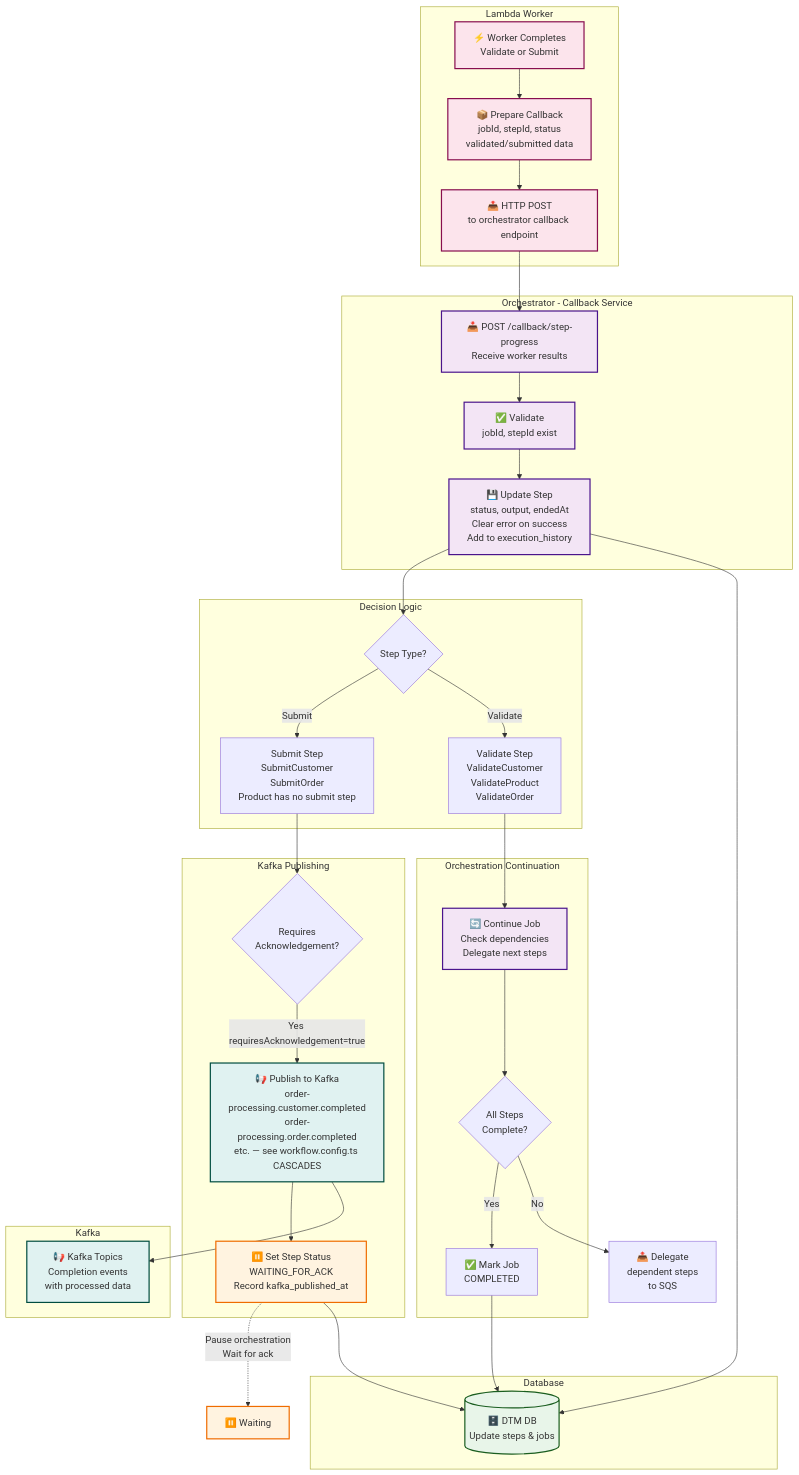
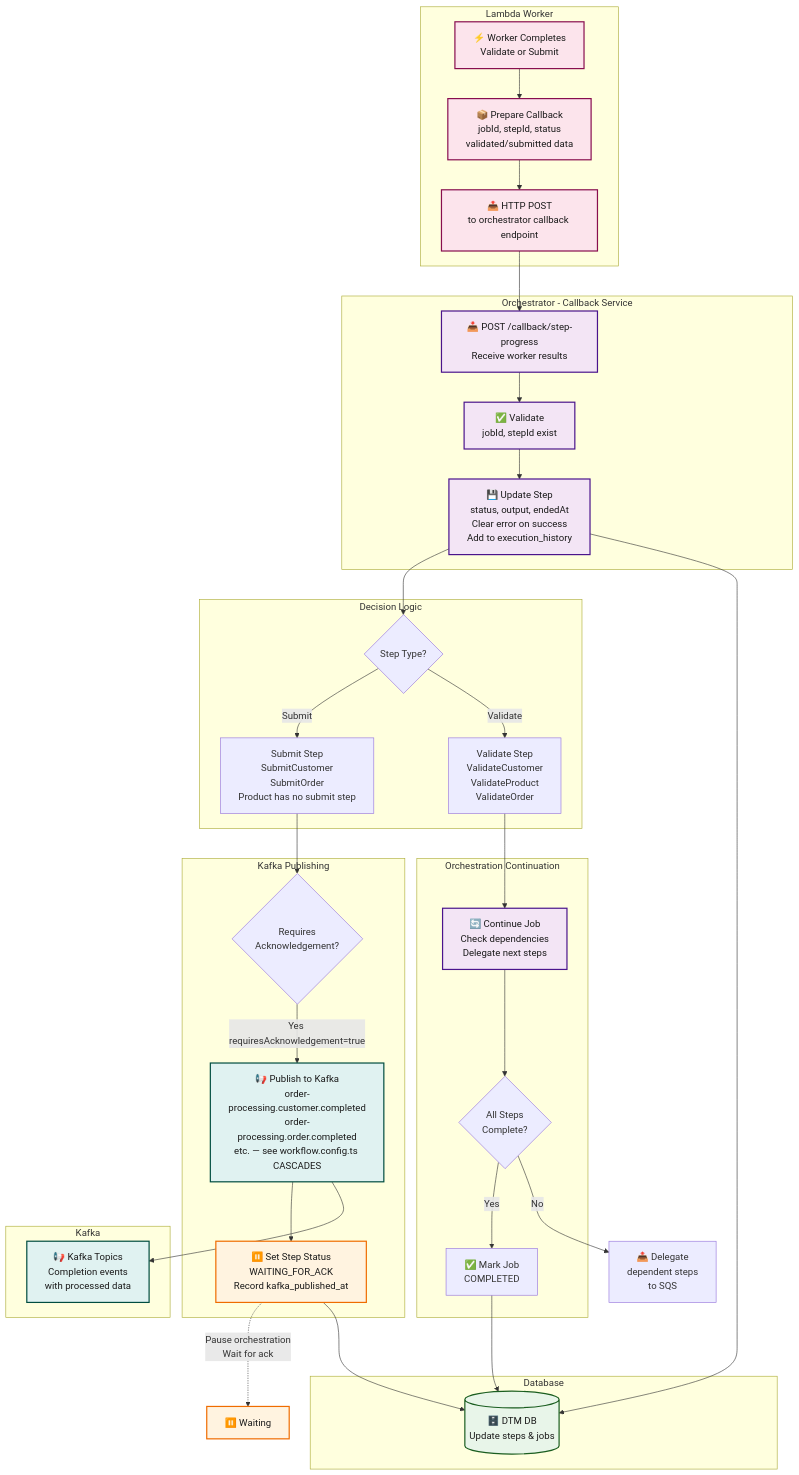
One commit to inctasoft/setpoint-evals-dtm-examples changed the fifth of 9 diagrams in docs/guides/system-architecture.md. Above: the diagram before and after it, drawn with Mermaid. The commit also changed other lines of this file and 1 other file, not shown here.

First line of the commit message:
docs: explicit dark text color on 46 pastel mermaid classDefs (scout M5, #123) (#124)

````diff
--- a/docs/guides/system-architecture.md
+++ b/docs/guides/system-architecture.md
@@ -506,79 +506,79 @@
 ```mermaid
 graph TB
     subgraph "Lambda Worker"
         WORKER[⚡ Worker Completes<br/>Validate or Submit]
         PREPARE_CALLBACK[📦 Prepare Callback<br/>jobId, stepId, status<br/>validated/submitted data]
         HTTP_POST[📤 HTTP POST<br/>to orchestrator callback endpoint]
     end
 
     subgraph "Orchestrator - Callback Service"
         CALLBACK_ENDPOINT[📥 POST /callback/step-progress<br/>Receive worker results]
         VALIDATE[✅ Validate<br/>jobId, stepId exist]
         UPDATE_STEP[💾 Update Step<br/>status, output, endedAt<br/>Clear error on success<br/>Add to execution_history]
     end
 
     subgraph "Decision Logic"
         CHECK_STEP_TYPE{Step Type?}
         IS_VALIDATE[Validate Step<br/>ValidateCustomer<br/>ValidateProduct<br/>ValidateOrder]
         IS_SUBMIT[Submit Step<br/>SubmitCustomer<br/>SubmitOrder<br/>Product has no submit step]
     end
 
     subgraph "Kafka Publishing"
         CHECK_ACK_REQUIRED{Requires<br/>Acknowledgement?}
         PUBLISH_KAFKA[📢 Publish to Kafka<br/>order-processing.customer.completed<br/>order-processing.order.completed<br/>etc. — see workflow.config.ts CASCADES]
         SET_WAITING[⏸️ Set Step Status<br/>WAITING_FOR_ACK<br/>Record kafka_published_at]
     end
 
     subgraph "Orchestration Continuation"
         CONTINUE_JOB[🔄 Continue Job<br/>Check dependencies<br/>Delegate next steps]
         CHECK_COMPLETE{All Steps<br/>Complete?}
         JOB_COMPLETE[✅ Mark Job<br/>COMPLETED]
     end
 
     subgraph "Database"
         DTM_DB[(🗄️ DTM DB<br/>Update steps & jobs)]
     end
 
     subgraph "Kafka"
         KAFKA_TOPICS[📢 Kafka Topics<br/>Completion events<br/>with processed data]
     end
 
     WORKER --> PREPARE_CALLBACK
     PREPARE_CALLBACK --> HTTP_POST
     HTTP_POST --> CALLBACK_ENDPOINT
 
     CALLBACK_ENDPOINT --> VALIDATE
     VALIDATE --> UPDATE_STEP
     UPDATE_STEP --> DTM_DB
 
     UPDATE_STEP --> CHECK_STEP_TYPE
 
     CHECK_STEP_TYPE -->|Validate| IS_VALIDATE
     CHECK_STEP_TYPE -->|Submit| IS_SUBMIT
 
     IS_VALIDATE --> CONTINUE_JOB
 
     IS_SUBMIT --> CHECK_ACK_REQUIRED
     CHECK_ACK_REQUIRED -->|Yes requiresAcknowledgement=true| PUBLISH_KAFKA
     PUBLISH_KAFKA --> KAFKA_TOPICS
     PUBLISH_KAFKA --> SET_WAITING
     SET_WAITING --> DTM_DB
     SET_WAITING -.->|Pause orchestration<br/>Wait for ack| WAIT[⏸️ Waiting]
 
     CONTINUE_JOB --> CHECK_COMPLETE
     CHECK_COMPLETE -->|No| DELEG[📤 Delegate<br/>dependent steps<br/>to SQS]
     CHECK_COMPLETE -->|Yes| JOB_COMPLETE
     JOB_COMPLETE --> DTM_DB
 
-    classDef worker fill:#fce4ec,stroke:#880e4f,stroke-width:2px
-    classDef orchestrator fill:#f3e5f5,stroke:#4a148c,stroke-width:2px
-    classDef database fill:#e8f5e9,stroke:#1b5e20,stroke-width:2px
-    classDef kafka fill:#e0f2f1,stroke:#004d40,stroke-width:2px
-    classDef waiting fill:#fff3e0,stroke:#ef6c00,stroke-width:2px
+    classDef worker fill:#fce4ec,color:#1a1a1a,stroke:#880e4f,stroke-width:2px
+    classDef orchestrator fill:#f3e5f5,color:#1a1a1a,stroke:#4a148c,stroke-width:2px
+    classDef database fill:#e8f5e9,color:#1a1a1a,stroke:#1b5e20,stroke-width:2px
+    classDef kafka fill:#e0f2f1,color:#1a1a1a,stroke:#004d40,stroke-width:2px
+    classDef waiting fill:#fff3e0,color:#1a1a1a,stroke:#ef6c00,stroke-width:2px
 
     class WORKER,PREPARE_CALLBACK,HTTP_POST worker
     class CALLBACK_ENDPOINT,VALIDATE,UPDATE_STEP,CONTINUE_JOB orchestrator
     class DTM_DB database
     class PUBLISH_KAFKA,KAFKA_TOPICS kafka
     class SET_WAITING,WAIT waiting
 ```
````
